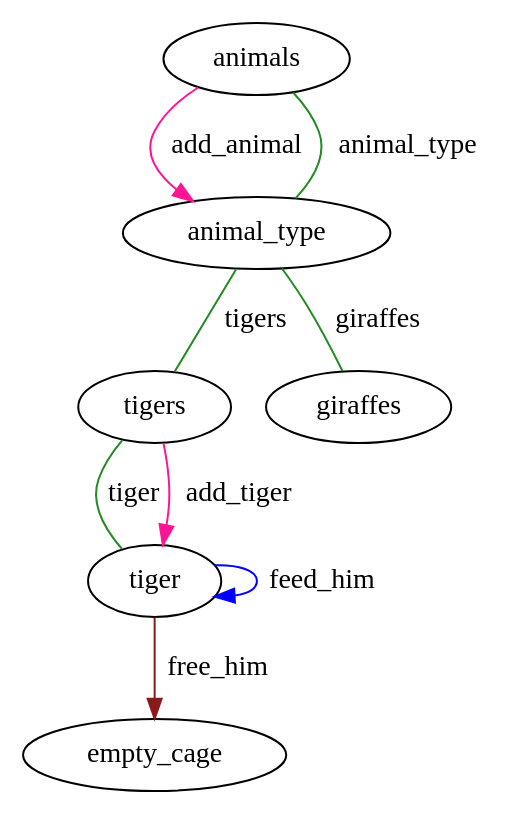
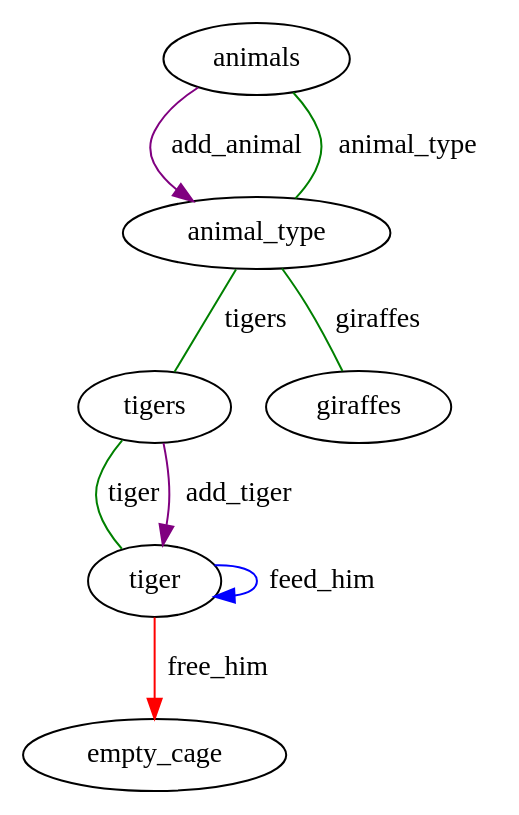
Before and after one commit to mooreniemi/pica: the diagram in examples/zoo/zoo.dot, drawn with Graphviz. The commit also changed 4 other files, not shown here.

```diff
--- a/examples/zoo/zoo.dot
+++ b/examples/zoo/zoo.dot
@@ -1,19 +1,19 @@
 digraph {
 	
-	  animal_type -> tigers [label="tigers" dir="none" color="forestgreen"];
+	  animal_type -> tigers [label="tigers" dir="none" color="green"];
   
-	  animal_type -> giraffes [label="giraffes" dir="none" color="forestgreen"];
+	  animal_type -> giraffes [label="giraffes" dir="none" color="green"];
   
-	  animals -> animal_type [label="add_animal" dir="" color="deeppink"];
+	  animals -> animal_type [label="add_animal" dir="" color="purple"];
   
-	  animals -> animal_type [label="animal_type" dir="none" color="forestgreen"];
+	  animals -> animal_type [label="animal_type" dir="none" color="green"];
   
-	  tiger -> empty_cage [label="free_him" dir="" color="firebrick4"];
+	  tiger -> empty_cage [label="free_him" dir="" color="red"];
   
 	  tiger -> tiger [label="feed_him" dir="" color="blue"];
   
-	  tigers -> tiger [label="tiger" dir="none" color="forestgreen"];
+	  tigers -> tiger [label="tiger" dir="none" color="green"];
   
-	  tigers -> tiger [label="add_tiger" dir="" color="deeppink"];
+	  tigers -> tiger [label="add_tiger" dir="" color="purple"];
   
 }
```
